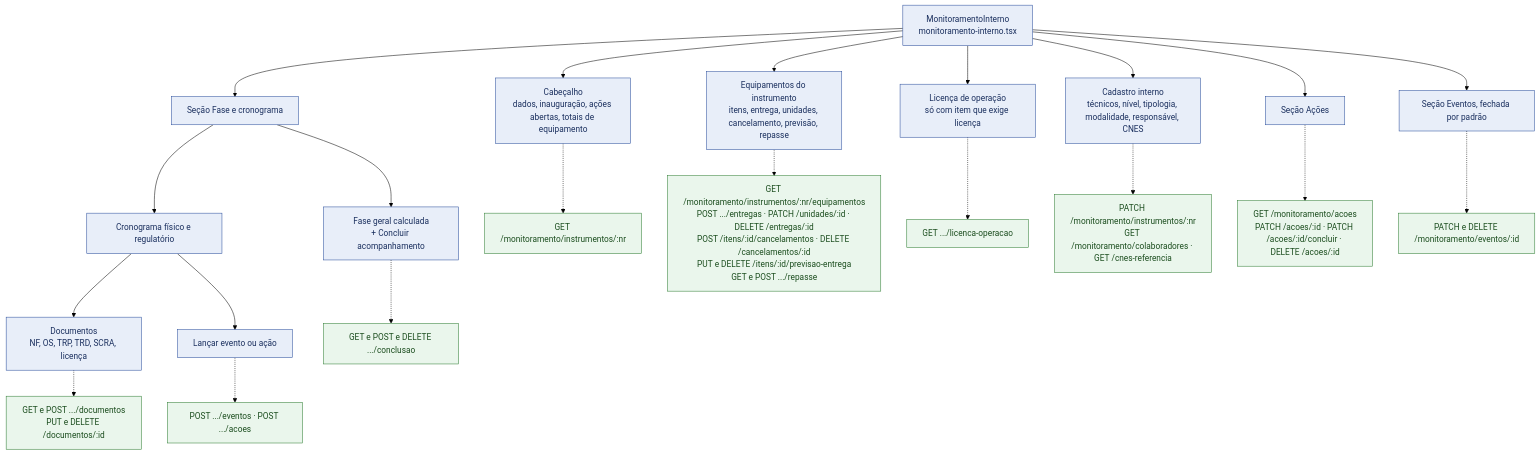
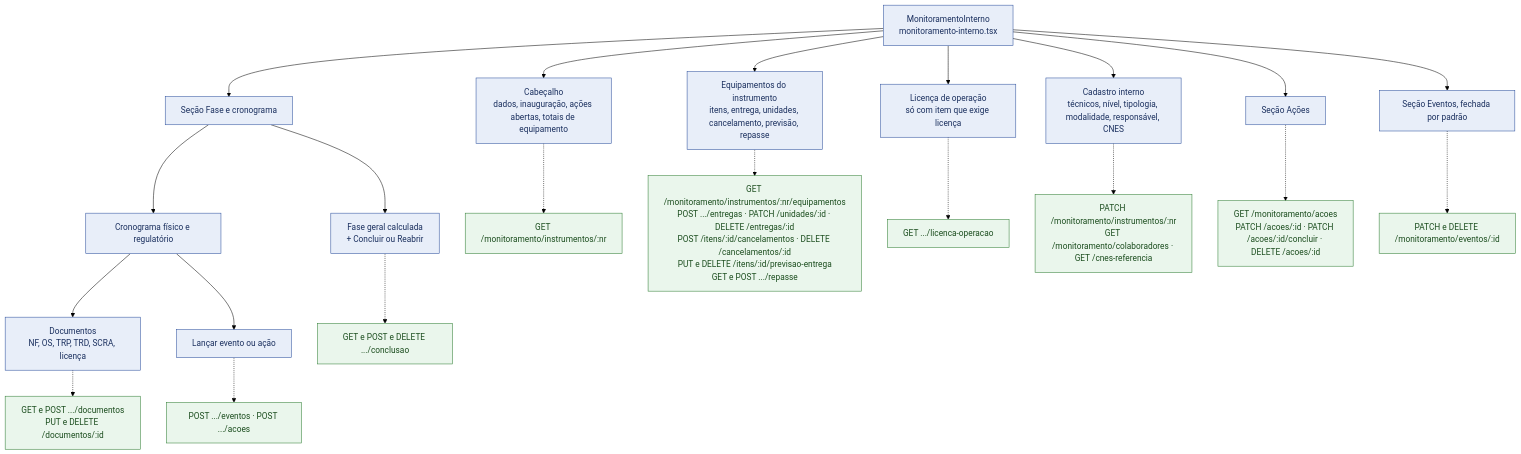
Before and after one commit to devs-ministerio/par_equipamentos: the second of 11 diagrams in docs/arquitetura/mapa-monitoramento-interno-2026-11-19.md, drawn with Mermaid (forest theme). The commit also changed other lines of this file and 2 other files, not shown here.

````diff
--- a/docs/arquitetura/mapa-monitoramento-interno-2026-11-19.md
+++ b/docs/arquitetura/mapa-monitoramento-interno-2026-11-19.md
@@ -32,29 +36,29 @@
 ```mermaid
 flowchart TB
     classDef comp fill:#E8EEF9,stroke:#2A4D9B,color:#1a2f5e
     classDef api fill:#EAF6EC,stroke:#2E7D32,color:#1b4d1e
 
     PG["MonitoramentoInterno<br/>monitoramento-interno.tsx"]:::comp
     PG --> CAB["Cabeçalho<br/>dados, inauguração, ações abertas, totais de equipamento"]:::comp
     PG --> EQ["Equipamentos do instrumento<br/>itens, entrega, unidades, cancelamento, previsão, repasse"]:::comp
     PG --> LIC["Licença de operação<br/>só com item que exige licença"]:::comp
     PG --> CAD["Cadastro interno<br/>técnicos, nível, tipologia, modalidade, responsável, CNES"]:::comp
     PG --> SEC1["Seção Fase e cronograma"]:::comp
     PG --> SEC2["Seção Ações"]:::comp
     PG --> SEC3["Seção Eventos, fechada por padrão"]:::comp
 
-    SEC1 --> FASE["Fase geral calculada<br/>+ Concluir acompanhamento"]:::comp
+    SEC1 --> FASE["Fase geral calculada<br/>+ Concluir ou Reabrir"]:::comp
     SEC1 --> CRON["Cronograma físico e regulatório"]:::comp
     CRON --> DOC["Documentos<br/>NF, OS, TRP, TRD, SCRA, licença"]:::comp
     CRON --> LANC["Lançar evento ou ação"]:::comp
 
     CAB -.-> A1["GET /monitoramento/instrumentos/:nr"]:::api
     EQ -.-> A2["GET /monitoramento/instrumentos/:nr/equipamentos<br/>POST .../entregas · PATCH /unidades/:id · DELETE /entregas/:id<br/>POST /itens/:id/cancelamentos · DELETE /cancelamentos/:id<br/>PUT e DELETE /itens/:id/previsao-entrega<br/>GET e POST .../repasse"]:::api
     LIC -.-> A3["GET .../licenca-operacao"]:::api
     CAD -.-> A4["PATCH /monitoramento/instrumentos/:nr<br/>GET /monitoramento/colaboradores · GET /cnes-referencia"]:::api
     FASE -.-> A5["GET e POST e DELETE .../conclusao"]:::api
     DOC -.-> A6["GET e POST .../documentos<br/>PUT e DELETE /documentos/:id"]:::api
     LANC -.-> A7["POST .../eventos · POST .../acoes"]:::api
     SEC2 -.-> A8["GET /monitoramento/acoes<br/>PATCH /acoes/:id · PATCH /acoes/:id/concluir · DELETE /acoes/:id"]:::api
     SEC3 -.-> A9["PATCH e DELETE /monitoramento/eventos/:id"]:::api
 ```
````
